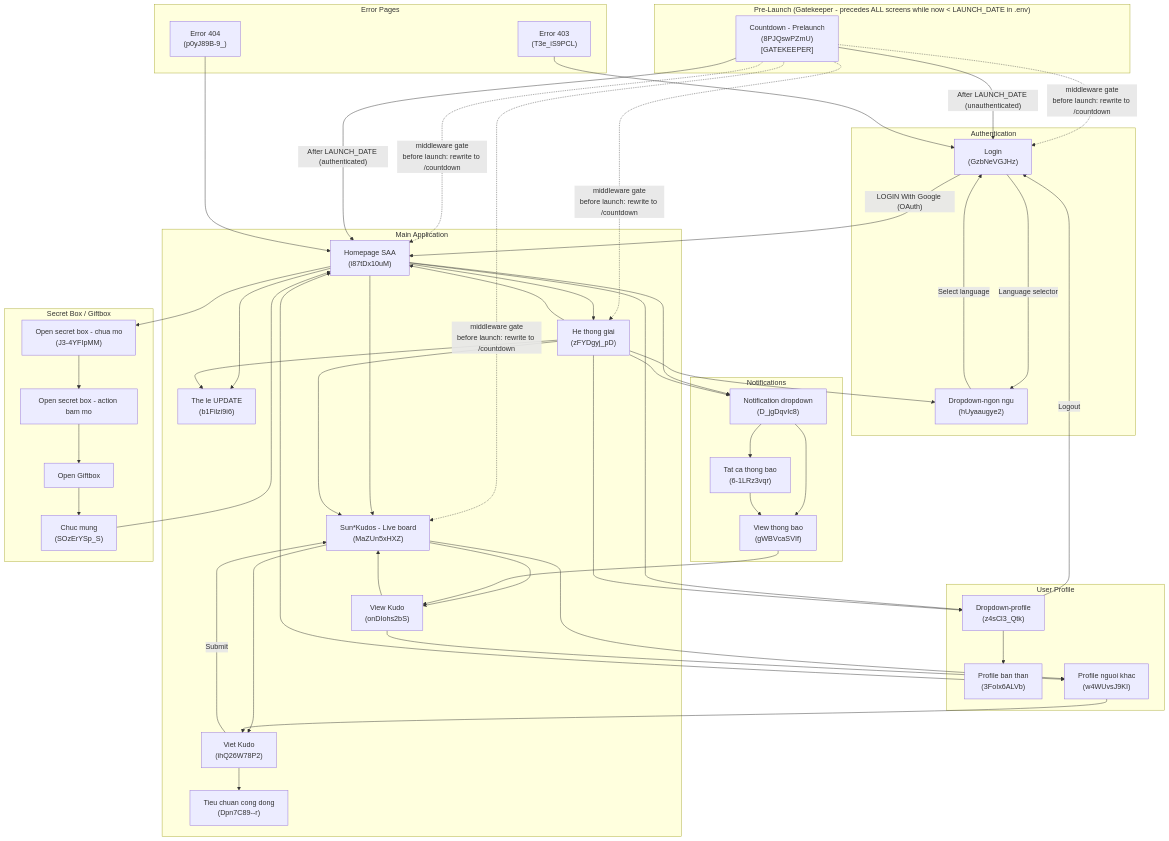
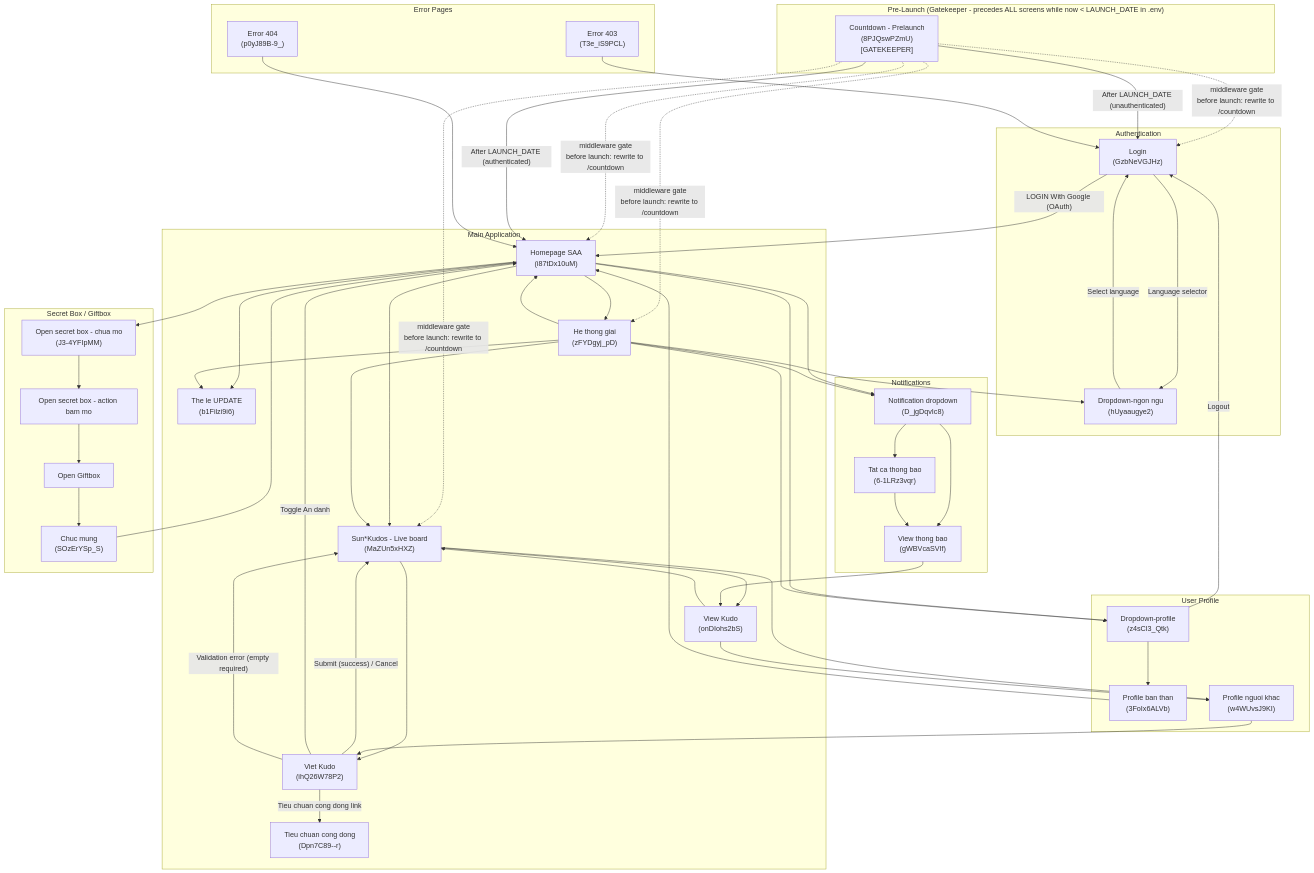
The first of 3 diagrams in .momorph/SCREENFLOW.md (minhtn-2278/saa-project), drawn with Mermaid before and after one commit. The commit also changed other lines of this file and 27 other files, not shown here.

Commit message:
Write Kudo - Phase 1

```diff
--- a/.momorph/SCREENFLOW.md
+++ b/.momorph/SCREENFLOW.md
@@ -191,8 +191,10 @@
     KudosBoard --> ViewKudo
     KudosBoard --> OtherProfile
 
-    WriteKudo -->|"Submit"| KudosBoard
-    WriteKudo --> CommunityStd
+    WriteKudo -->|"Submit (success) / Cancel"| KudosBoard
+    WriteKudo -->|"Tieu chuan cong dong link"| CommunityStd
+    WriteKudo -->|"Toggle An danh"| Homepage
+    WriteKudo -->|"Validation error (empty required)"| KudosBoard
     ViewKudo --> OtherProfile
     ViewKudo --> KudosBoard
 
```
